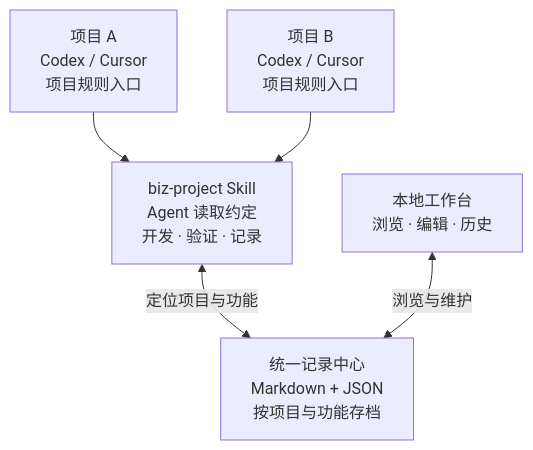
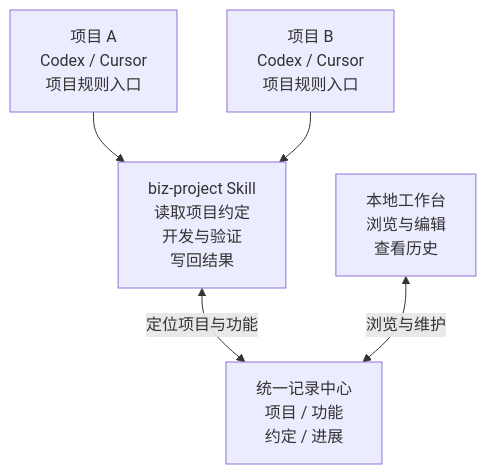
One commit to wnagchi/biz-project changed the diagram in README.md. Above: the diagram before and after it, drawn with Mermaid.

Commit message:
docs: fit diagram text within GitHub node widths

````diff
--- a/README.md
+++ b/README.md
@@ -37,12 +37,12 @@
 ```mermaid
 flowchart TB
     A["项目 A<br/>Codex / Cursor<br/>项目规则入口"]
     B["项目 B<br/>Codex / Cursor<br/>项目规则入口"]
-    S["biz-project Skill<br/>Agent 读取约定<br/>开发 · 验证 · 记录"]
-    R["统一记录中心<br/>Markdown + JSON<br/>按项目与功能存档"]
-    W["本地工作台<br/>浏览 · 编辑 · 历史"]
+    S["biz-project Skill<br/>读取项目约定<br/>开发与验证<br/>写回结果"]
+    R["统一记录中心<br/>项目 / 功能<br/>约定 / 进展"]
+    W["本地工作台<br/>浏览与编辑<br/>查看历史"]
     A --> S
     B --> S
     S <-->|定位项目与功能| R
     W <-->|浏览与维护| R
 ```
````
